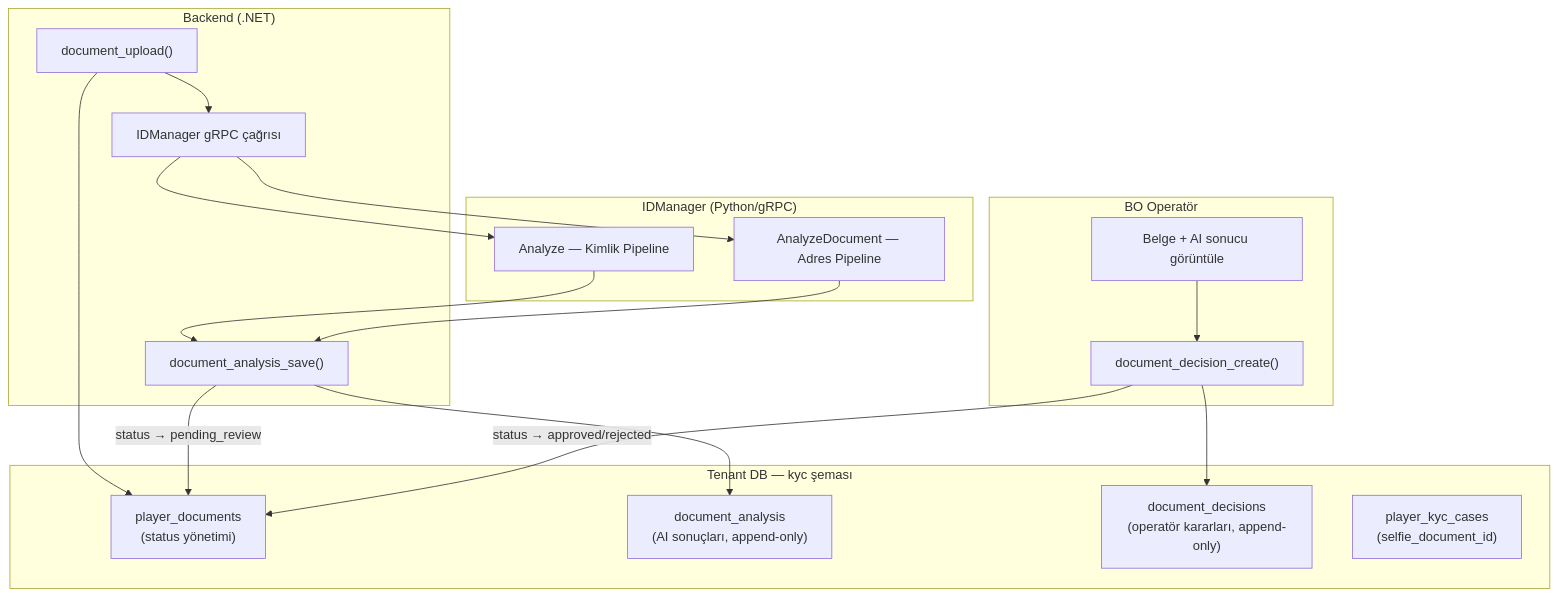
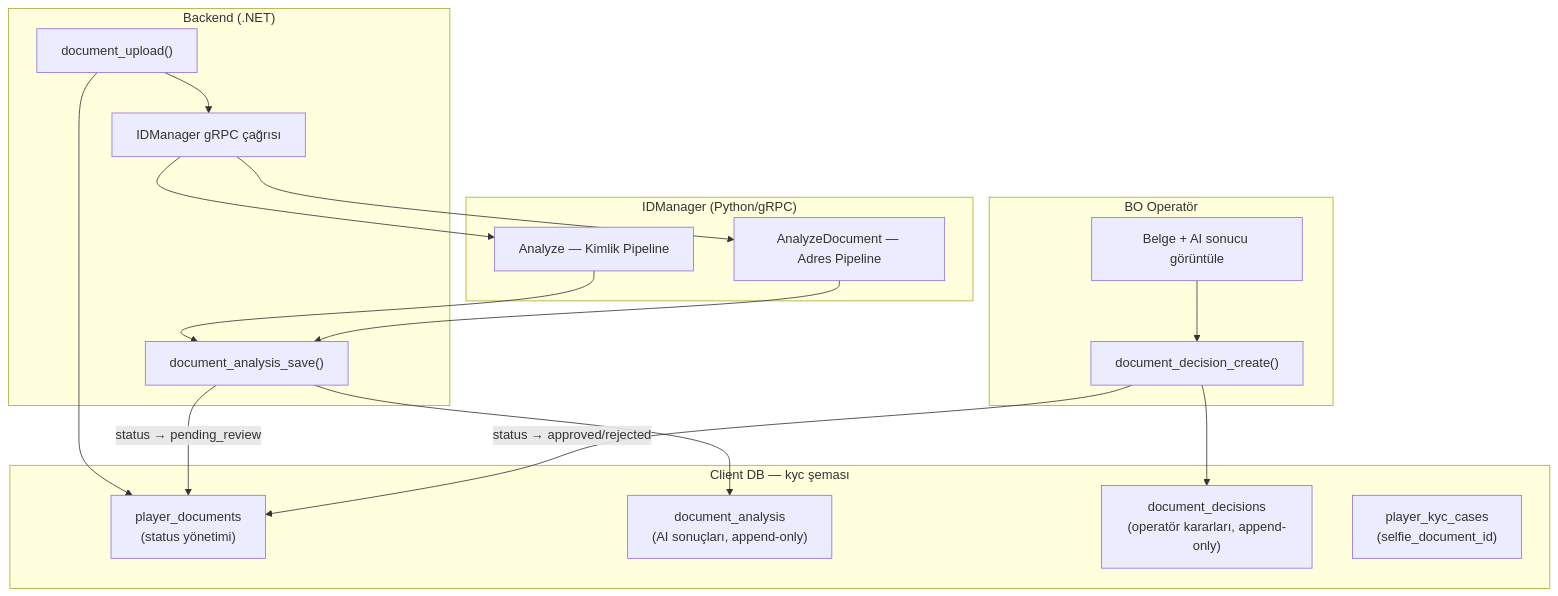
Before and after one commit to frhtshn/One.DB: the first of 2 diagrams in .docs/guides/SPEC_IDMANAGER_INTEGRATION.md, drawn with Mermaid. The commit also changed other lines of this file and 442 other files, not shown here.

First line of the commit message:
Nucleo → Sortis One ve tenant → client içerik güncellemeleri

````diff
--- a/.docs/guides/SPEC_IDMANAGER_INTEGRATION.md
+++ b/.docs/guides/SPEC_IDMANAGER_INTEGRATION.md
@@ -31,37 +31,37 @@
 ```mermaid
 flowchart TD
     subgraph BACKEND["Backend (.NET)"]
         B1["document_upload()"]
         B2["IDManager gRPC çağrısı"]
         B3["document_analysis_save()"]
     end
 
     subgraph IDM["IDManager (Python/gRPC)"]
         I1["Analyze — Kimlik Pipeline"]
         I2["AnalyzeDocument — Adres Pipeline"]
     end
 
-    subgraph TENANT["Tenant DB — kyc şeması"]
+    subgraph CLIENT["Client DB — kyc şeması"]
         T1["player_documents<br/>(status yönetimi)"]
         T2["document_analysis<br/>(AI sonuçları, append-only)"]
         T3["document_decisions<br/>(operatör kararları, append-only)"]
         T4["player_kyc_cases<br/>(selfie_document_id)"]
     end
 
     subgraph BO["BO Operatör"]
         O1["Belge + AI sonucu görüntüle"]
         O2["document_decision_create()"]
     end
 
     B1 --> T1
     B1 --> B2
     B2 --> I1
     B2 --> I2
     I1 --> B3
     I2 --> B3
     B3 --> T2
     B3 -->|"status → pending_review"| T1
     O1 --> O2
     O2 --> T3
     O2 -->|"status → approved/rejected"| T1
 ```
````
